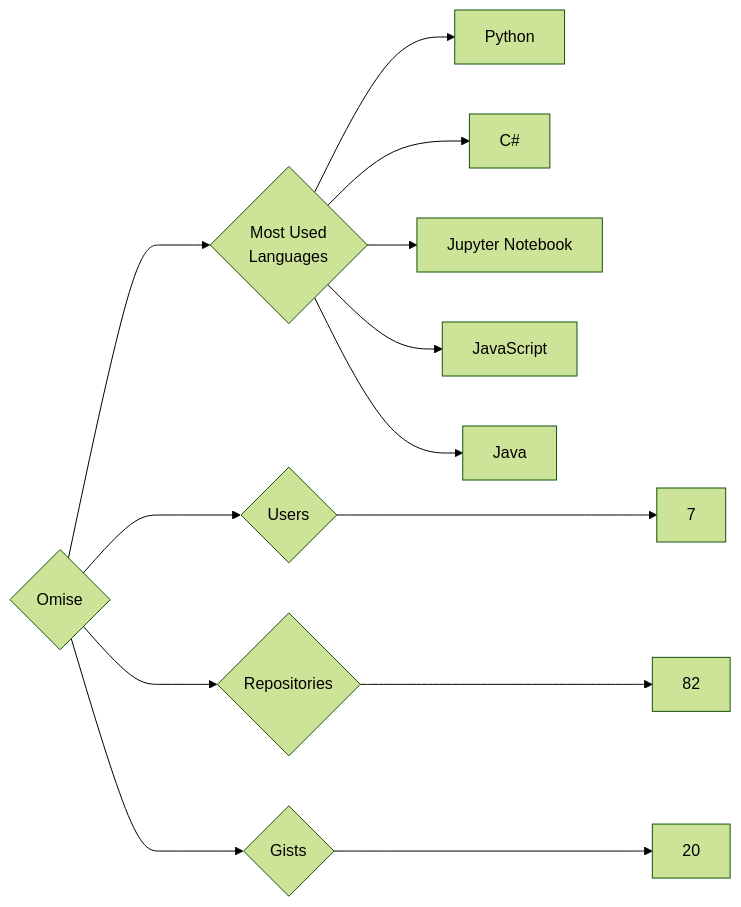
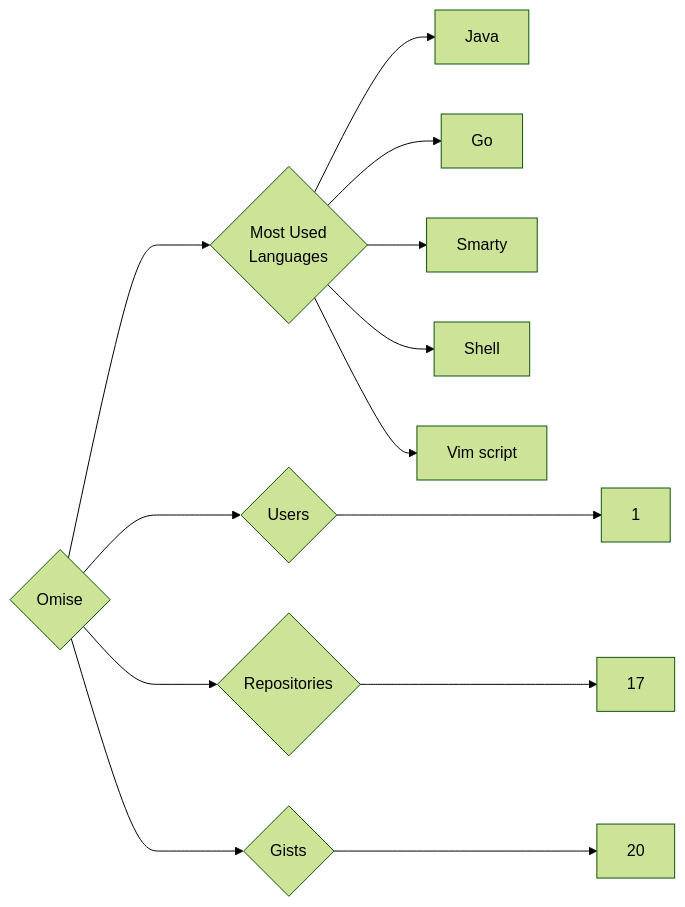
The diagram in targets/Omise/README.md (trickest/insiders), drawn with Mermaid (forest theme) before and after one commit. The commit also changed 799 other files, not shown here.

````diff
--- a/targets/Omise/README.md
+++ b/targets/Omise/README.md
@@ -3,13 +3,13 @@
 ```mermaid
 graph LR
 COMPANY_NAME{Omise}
-COMPANY_NAME ---> U{Users} ---> UN[7]
-COMPANY_NAME ---> R{Repositories} ---> RN[82]
+COMPANY_NAME ---> U{Users} ---> UN[1]
+COMPANY_NAME ---> R{Repositories} ---> RN[17]
 COMPANY_NAME ---> G{Gists} ---> GN[20]
 COMPANY_NAME ---> ML{Most Used<br>Languages}
-ML --> Python[Python]
-ML --> C#[C#]
-ML --> Jupyter_Notebook[Jupyter Notebook]
-ML --> JavaScript[JavaScript]
 ML --> Java[Java]
+ML --> Go[Go]
+ML --> Smarty[Smarty]
+ML --> Shell[Shell]
+ML --> Vim_script[Vim script]
 ```
````
